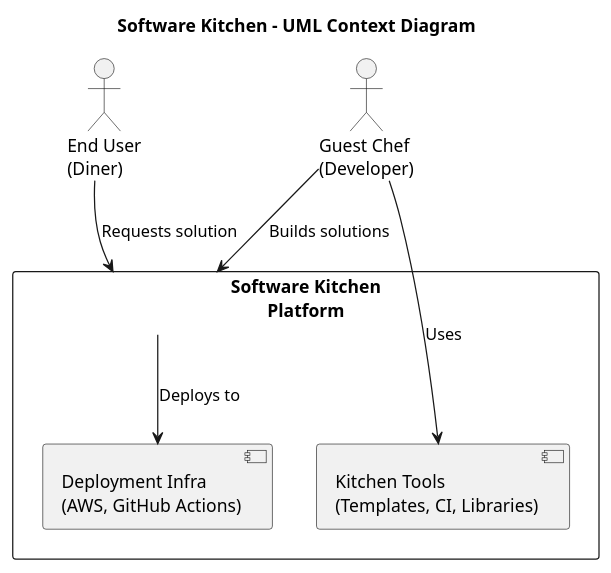
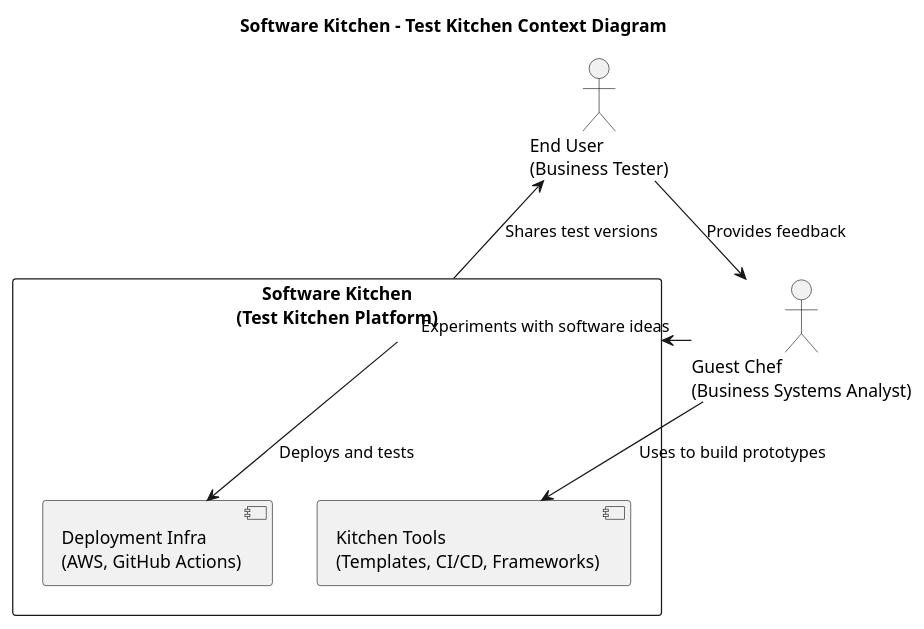
Before and after one commit to bluenerdcloud/bluenerd-docs: the diagram in docs/uml/context-diagram.puml, drawn with PlantUML. The commit also changed other lines of this file and 1 other file, not shown here.

Commit message:
Update readme and UML

```diff
--- a/docs/uml/context-diagram.puml
+++ b/docs/uml/context-diagram.puml
@@ -1,18 +1,19 @@
-@startuml SoftwareKitchenContext
+@startuml SoftwareKitchenTestKitchenContext
 
-title Software Kitchen – UML Context Diagram
+title Software Kitchen – Test Kitchen Context Diagram
 
-actor "End User\n(Diner)" as EndUser
-actor "Guest Chef\n(Developer)" as Chef
+actor "End User\n(Business Tester)" as EndUser
+actor "Guest Chef\n(Business Systems Analyst)" as Analyst
 
-rectangle "Software Kitchen\nPlatform" as SK {
-  [Kitchen Tools\n(Templates, CI, Libraries)] as Tools
+rectangle "Software Kitchen\n(Test Kitchen Platform)" as SK {
+  [Kitchen Tools\n(Templates, CI/CD, Frameworks)] as Tools
   [Deployment Infra\n(AWS, GitHub Actions)] as Infra
 }
 
-EndUser --> SK : Requests solution
-Chef --> SK : Builds solutions
-Chef --> Tools : Uses
-SK --> Infra : Deploys to
+Analyst --> SK : Experiments with software ideas
+SK --> EndUser : Shares test versions
+EndUser --> Analyst : Provides feedback
+Analyst --> Tools : Uses to build prototypes
+SK --> Infra : Deploys and tests
 
 @enduml
```
